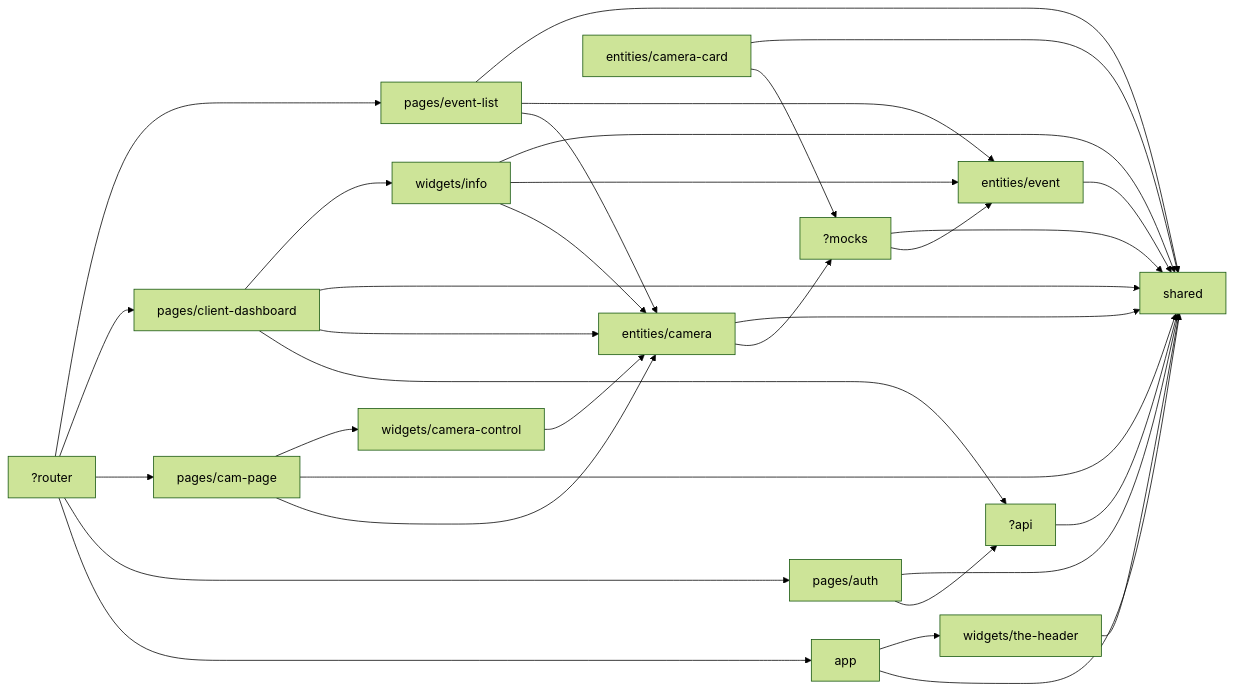
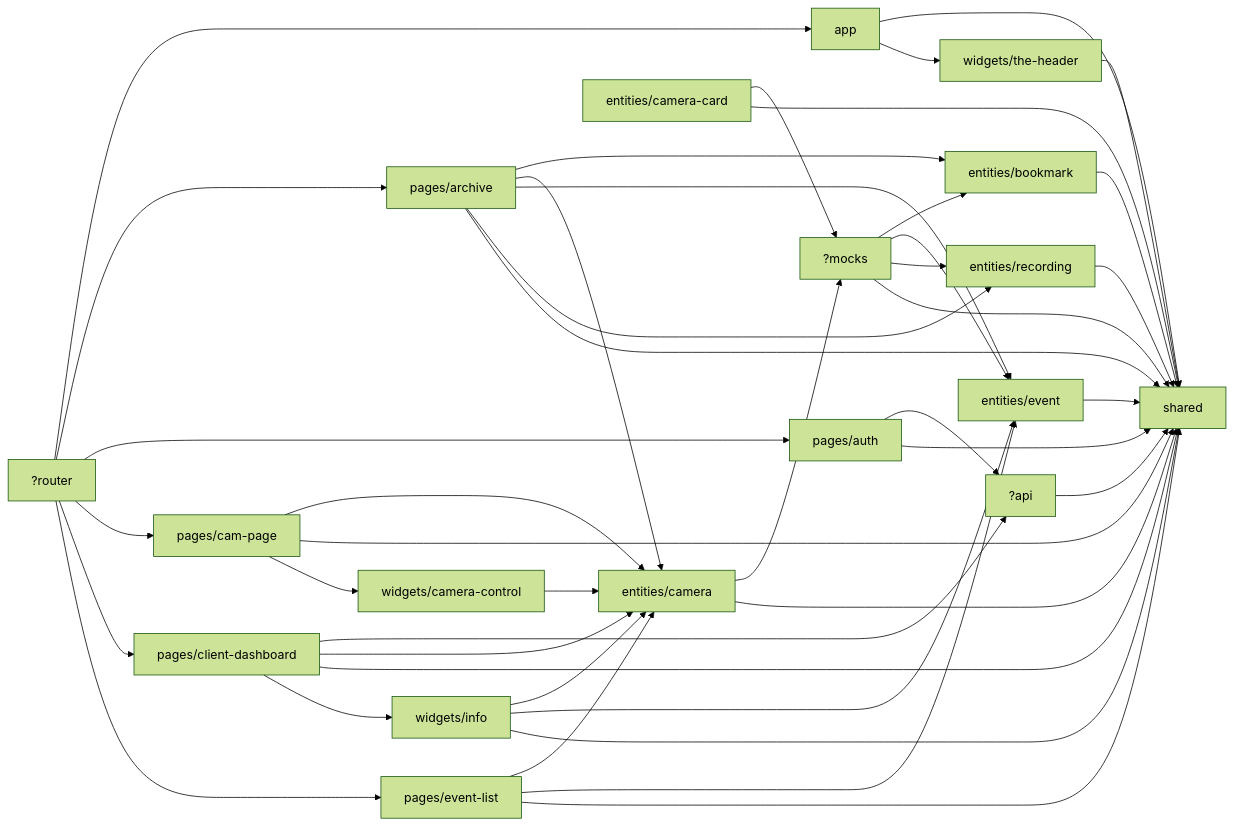
One commit to Rdnxla/home-cctv-web-viewer changed the second of 2 diagrams in docs/ai/reports/generated/slices.md. Above: the diagram before and after it, drawn with Mermaid (forest theme). The commit also changed other lines of this file and 66 other files, not shown here.

````diff
--- a/docs/ai/reports/generated/slices.md
+++ b/docs/ai/reports/generated/slices.md
@@ -82,35 +95,45 @@
 ```mermaid
 graph LR
   _api["?api"] --> shared["shared"]
+  _mocks["?mocks"] --> entities_bookmark["entities/bookmark"]
   _mocks["?mocks"] --> entities_event["entities/event"]
+  _mocks["?mocks"] --> entities_recording["entities/recording"]
   _mocks["?mocks"] --> shared["shared"]
   _router["?router"] --> app["app"]
+  _router["?router"] --> pages_archive["pages/archive"]
   _router["?router"] --> pages_auth["pages/auth"]
   _router["?router"] --> pages_cam_page["pages/cam-page"]
   _router["?router"] --> pages_client_dashboard["pages/client-dashboard"]
   _router["?router"] --> pages_event_list["pages/event-list"]
   app["app"] --> shared["shared"]
   app["app"] --> widgets_the_header["widgets/the-header"]
+  entities_bookmark["entities/bookmark"] --> shared["shared"]
   entities_camera["entities/camera"] --> _mocks["?mocks"]
   entities_camera["entities/camera"] --> shared["shared"]
   entities_camera_card["entities/camera-card"] --> _mocks["?mocks"]
   entities_camera_card["entities/camera-card"] --> shared["shared"]
   entities_event["entities/event"] --> shared["shared"]
+  entities_recording["entities/recording"] --> shared["shared"]
+  pages_archive["pages/archive"] --> entities_bookmark["entities/bookmark"]
+  pages_archive["pages/archive"] --> entities_camera["entities/camera"]
+  pages_archive["pages/archive"] --> entities_event["entities/event"]
+  pages_archive["pages/archive"] --> entities_recording["entities/recording"]
+  pages_archive["pages/archive"] --> shared["shared"]
   pages_auth["pages/auth"] --> _api["?api"]
   pages_auth["pages/auth"] --> shared["shared"]
   pages_cam_page["pages/cam-page"] --> entities_camera["entities/camera"]
   pages_cam_page["pages/cam-page"] --> shared["shared"]
   pages_cam_page["pages/cam-page"] --> widgets_camera_control["widgets/camera-control"]
   pages_client_dashboard["pages/client-dashboard"] --> _api["?api"]
   pages_client_dashboard["pages/client-dashboard"] --> entities_camera["entities/camera"]
   pages_client_dashboard["pages/client-dashboard"] --> shared["shared"]
   pages_client_dashboard["pages/client-dashboard"] --> widgets_info["widgets/info"]
   pages_event_list["pages/event-list"] --> entities_camera["entities/camera"]
   pages_event_list["pages/event-list"] --> entities_event["entities/event"]
   pages_event_list["pages/event-list"] --> shared["shared"]
   widgets_camera_control["widgets/camera-control"] --> entities_camera["entities/camera"]
   widgets_info["widgets/info"] --> entities_camera["entities/camera"]
   widgets_info["widgets/info"] --> entities_event["entities/event"]
   widgets_info["widgets/info"] --> shared["shared"]
   widgets_the_header["widgets/the-header"] --> shared["shared"]
 ```
````
